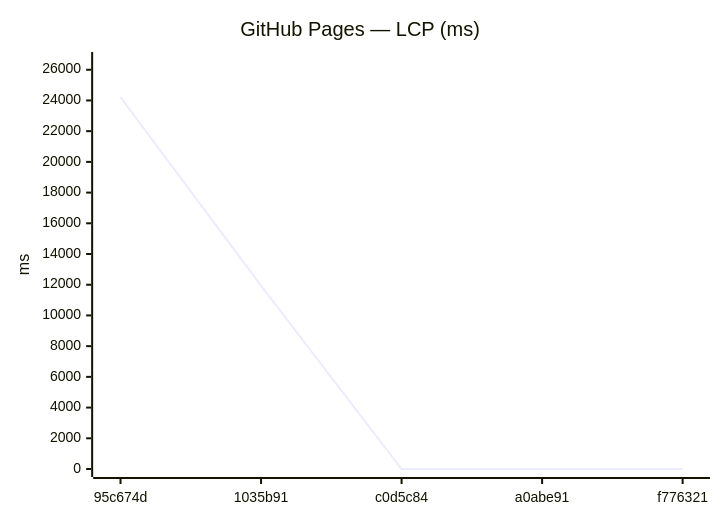
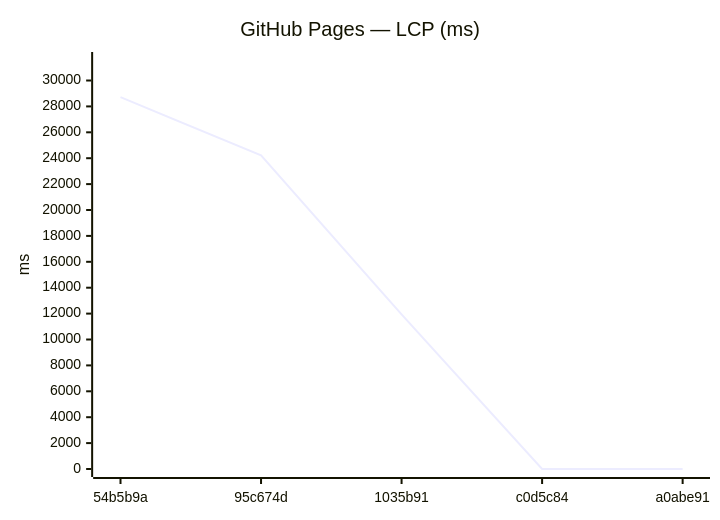
Before and after one commit to Metaheurist/Rianell: the ninth of 18 diagrams in benchmarks/compare.md, drawn with Mermaid. The commit also changed other lines of this file and 11 other files, not shown here.

````diff
--- a/benchmarks/compare.md
+++ b/benchmarks/compare.md
@@ -142,7 +142,7 @@
 ```mermaid
 xychart-beta
     title "GitHub Pages — LCP (ms)"
-    x-axis ["95c674d", "1035b91", "c0d5c84", "a0abe91", "f776321"]
-    y-axis "ms" 0 --> 26635
-    line [24213, 11936, 0, 0, 0]
+    x-axis ["54b5b9a", "95c674d", "1035b91", "c0d5c84", "a0abe91"]
+    y-axis "ms" 0 --> 31584
+    line [28712, 24213, 11936, 0, 0]
 ```
````
